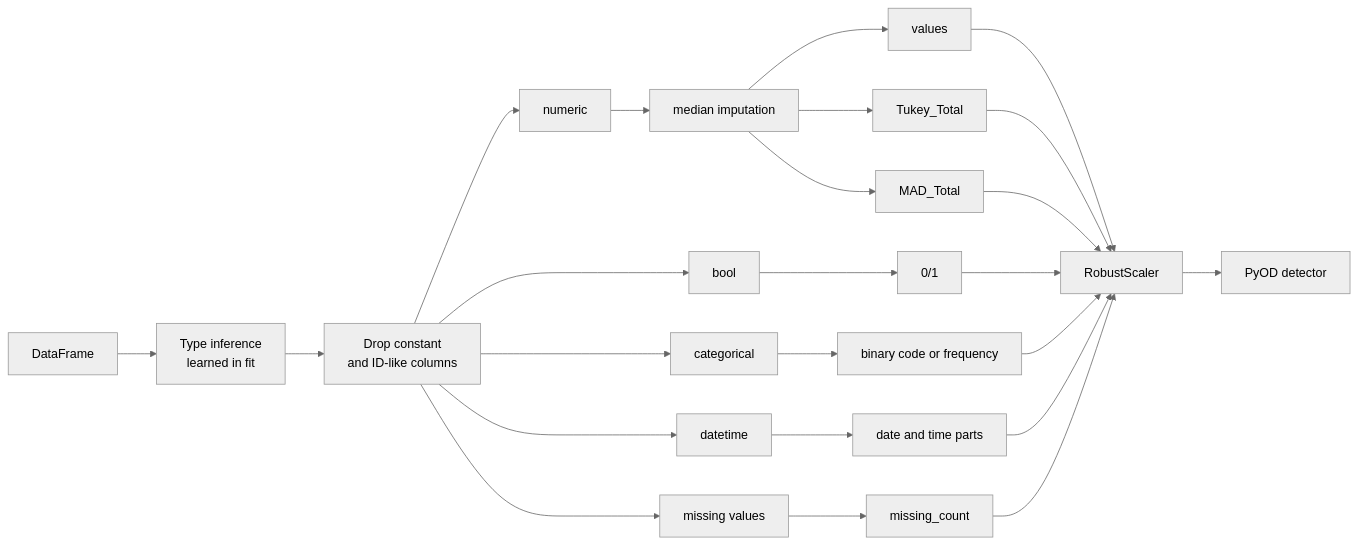
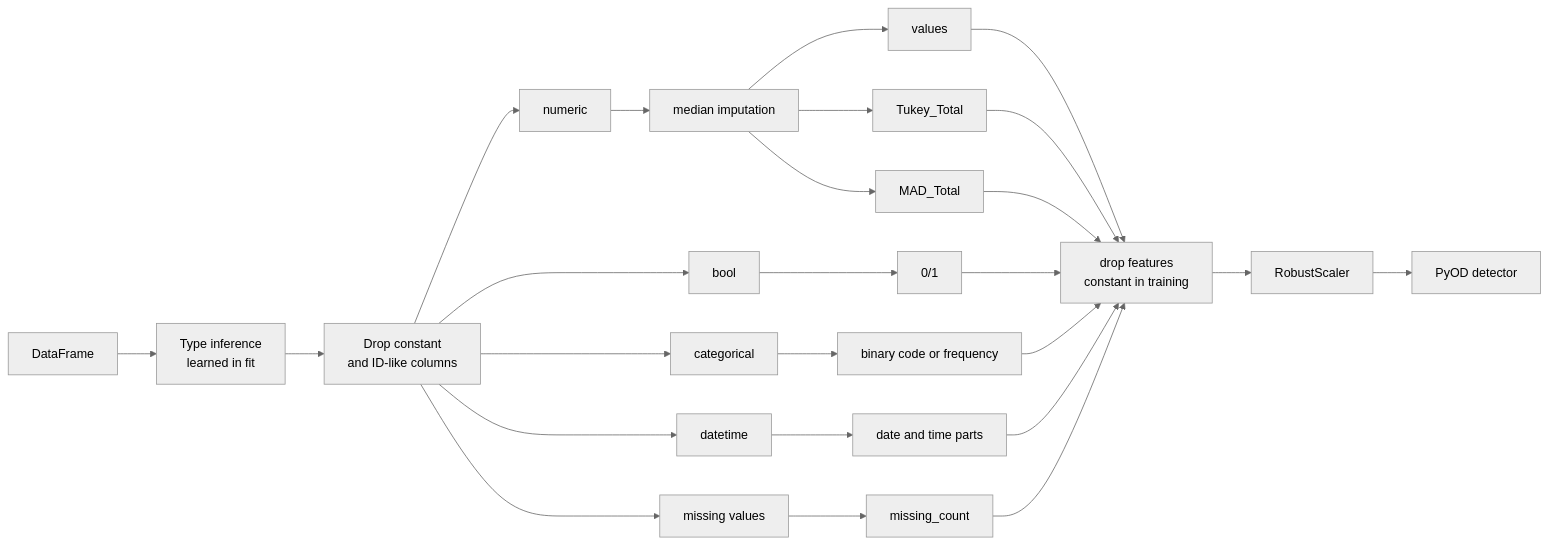
One commit to JAdelhelm/AutoAD changed the diagram in README.md. Above: the diagram before and after it, drawn with Mermaid (neutral theme). The commit also changed other lines of this file and 58 other files, not shown here.

````diff
--- a/README.md
+++ b/README.md
@@ -118,16 +176,16 @@
 ```mermaid
 flowchart LR
     X[DataFrame] --> T[Type inference<br/>learned in fit]
     T --> D[Drop constant<br/>and ID-like columns]
     D --> N[numeric]
     D --> B[bool]
     D --> C[categorical]
     D --> DT[datetime]
     D --> M[missing values]
     N --> NI[median imputation] --> NV[values] & TU[Tukey_Total] & MA[MAD_Total]
     B --> BI[0/1]
     C --> CE[binary code or frequency]
     DT --> DE[date and time parts]
     M --> MC[missing_count]
-    NV & TU & MA & BI & CE & DE & MC --> S[RobustScaler] --> P[PyOD detector]
+    NV & TU & MA & BI & CE & DE & MC --> F[drop features<br/>constant in training] --> S[RobustScaler] --> P[PyOD detector]
 ```
````
